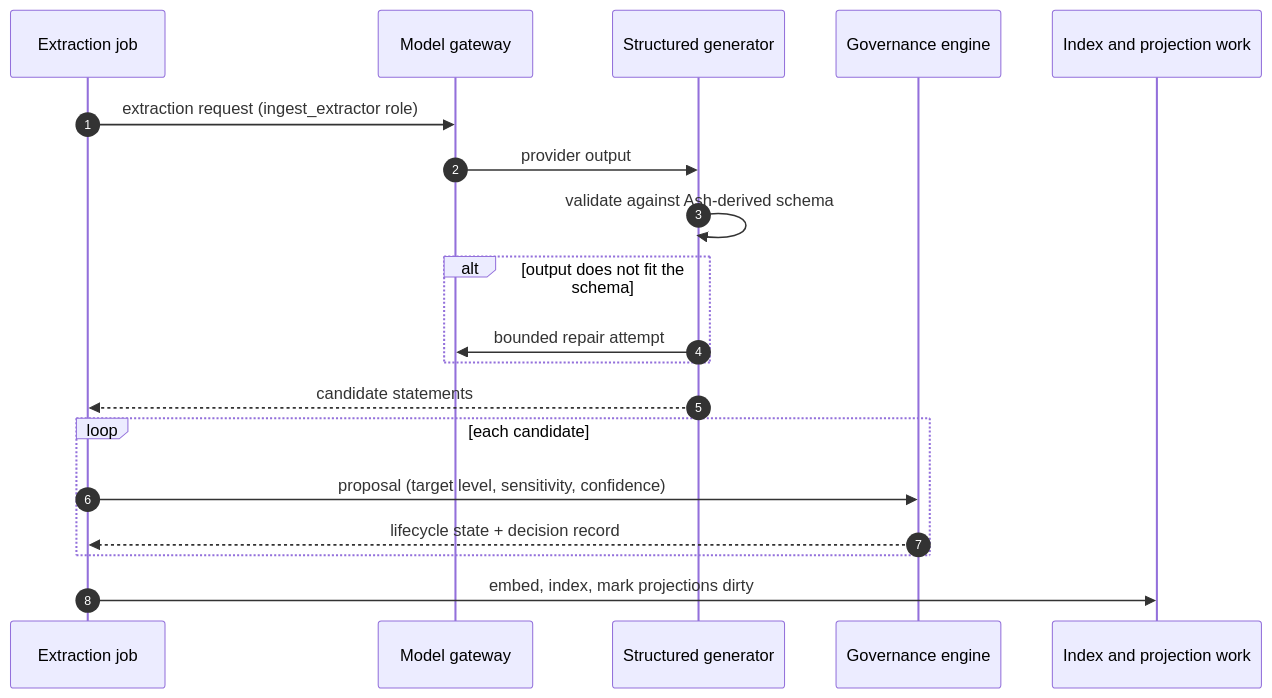
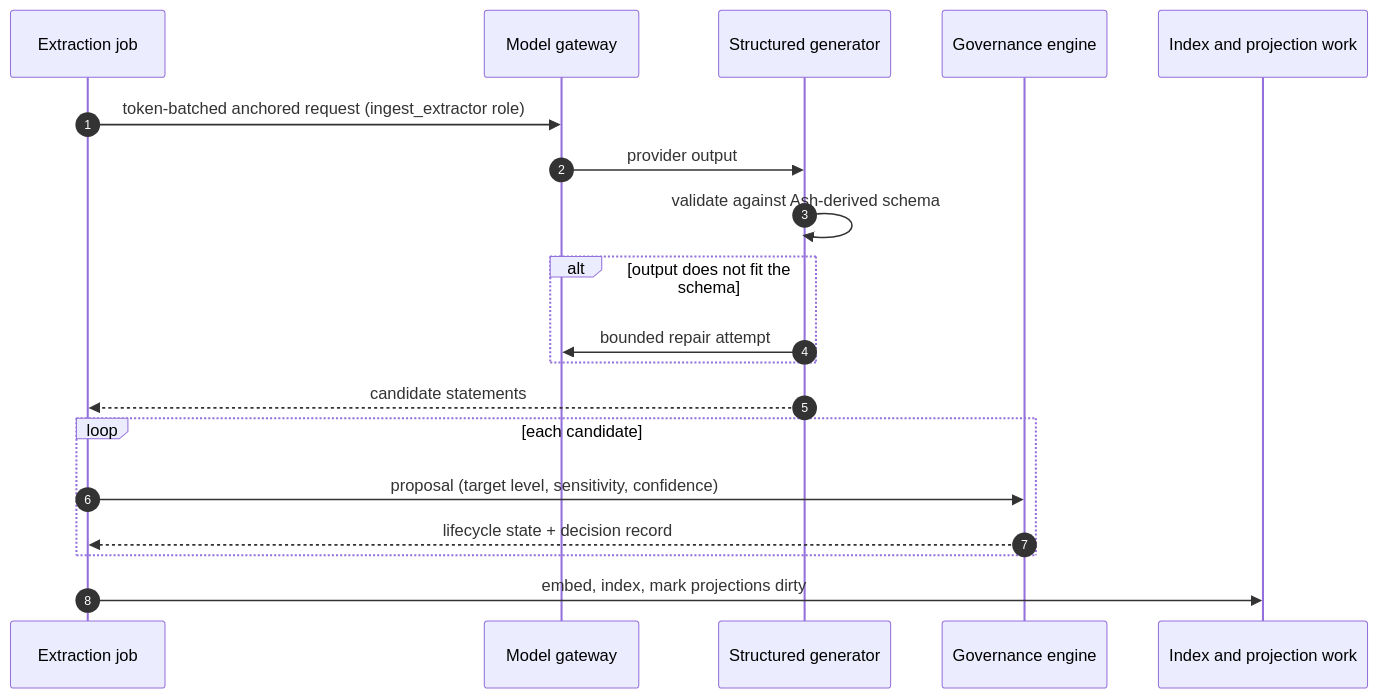
One commit to memhousehq/memhouse changed the second of 3 diagrams in docs/concepts/ingest-pipeline.md. Above: the diagram before and after it, drawn with Mermaid. The commit also changed other lines of this file and 25 other files, not shown here.

Commit message:
Batch anchored message extraction safely

````diff
--- a/docs/concepts/ingest-pipeline.md
+++ b/docs/concepts/ingest-pipeline.md
@@ -51,22 +51,22 @@
 ```mermaid
 sequenceDiagram
     autonumber
     participant J as Extraction job
     participant G as Model gateway
     participant S as Structured generator
     participant GOV as Governance engine
     participant IDX as Index and projection work
 
-    J->>G: extraction request (ingest_extractor role)
+    J->>G: token-batched anchored request (ingest_extractor role)
     G->>S: provider output
     S->>S: validate against Ash-derived schema
     alt output does not fit the schema
         S->>G: bounded repair attempt
     end
     S-->>J: candidate statements
     loop each candidate
         J->>GOV: proposal (target level, sensitivity, confidence)
         GOV-->>J: lifecycle state + decision record
     end
     J->>IDX: embed, index, mark projections dirty
 ```
````
